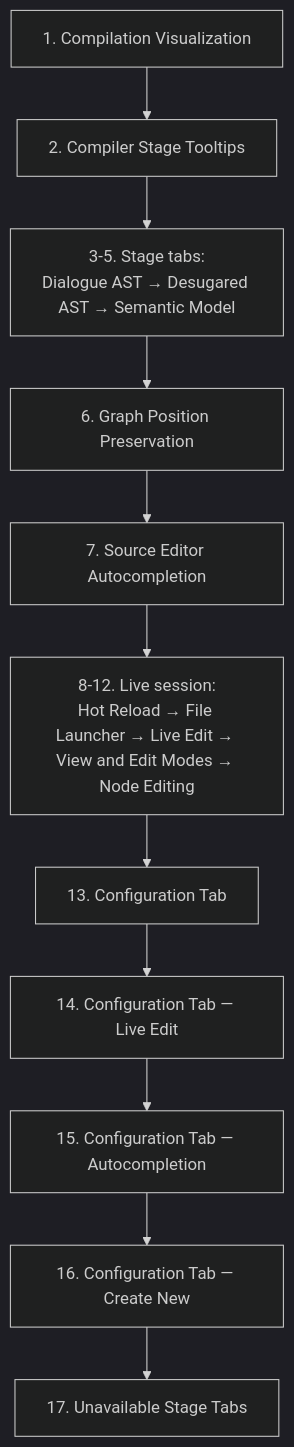
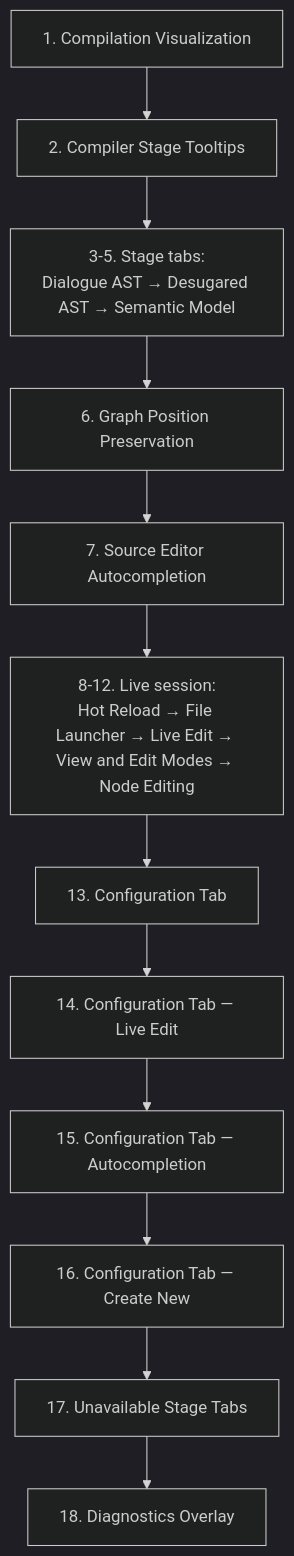
Before and after one commit to pengzhengyi/godot-dialoguedown: the third of 4 diagrams in docs/contributing/design-notes/README.md, drawn with Mermaid (dark theme). The commit also changed other lines of this file and 30 other files, not shown here.

First line of the commit message:
feat: diagnostics overlay in the visualization source editor (#134)

````diff
--- a/docs/contributing/design-notes/README.md
+++ b/docs/contributing/design-notes/README.md
@@ -117,13 +117,14 @@
 ```mermaid
 flowchart TB
     CV["1. Compilation Visualization"] --> TT["2. Compiler Stage Tooltips"]
     TT --> TABS["3-5. Stage tabs:<br/>Dialogue AST → Desugared AST → Semantic Model"]
     TABS --> GX["6. Graph Position Preservation"]
     GX --> AC["7. Source Editor Autocompletion"]
     AC --> LIVE["8-12. Live session:<br/>Hot Reload → File Launcher → Live Edit → View and Edit Modes → Node Editing"]
     LIVE --> CFG["13. Configuration Tab"]
     CFG --> CFGLE["14. Configuration Tab — Live Edit"]
     CFGLE --> CFGAC["15. Configuration Tab — Autocompletion"]
     CFGAC --> CFGCN["16. Configuration Tab — Create New"]
     CFGCN --> UST["17. Unavailable Stage Tabs"]
+    UST --> DGO["18. Diagnostics Overlay"]
 ```
````
